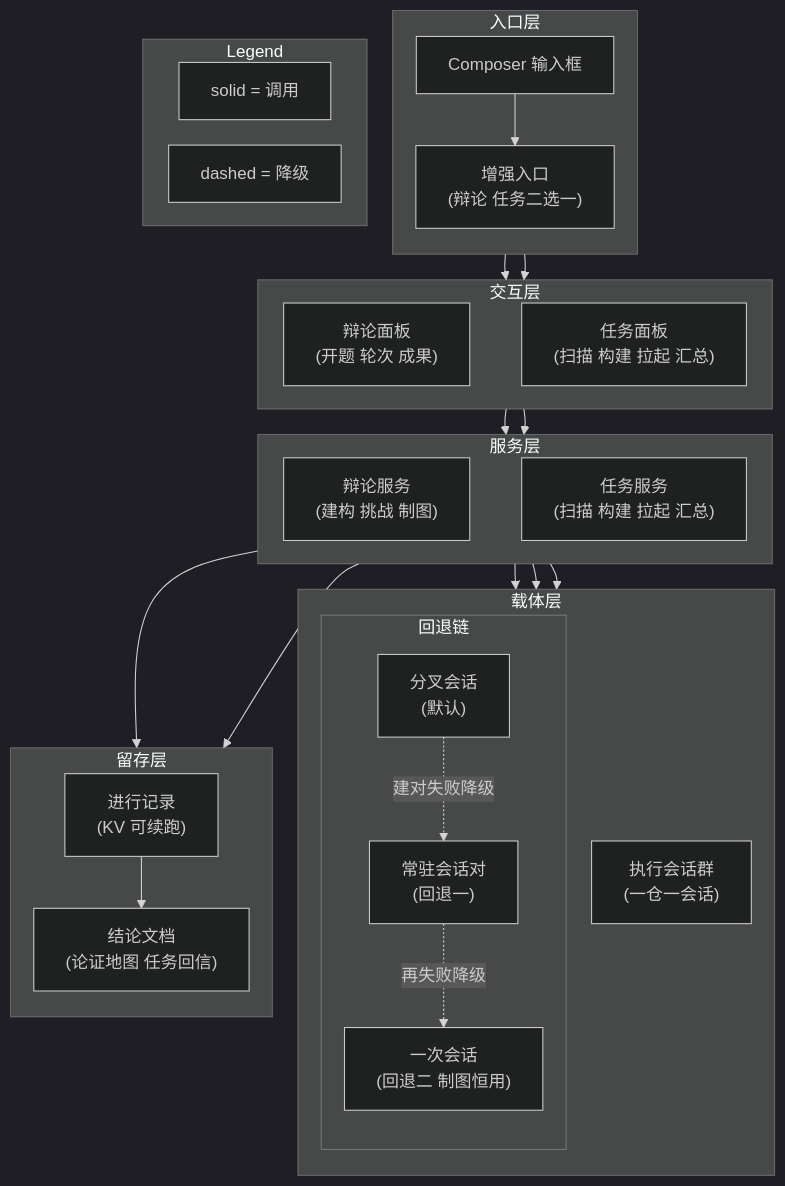
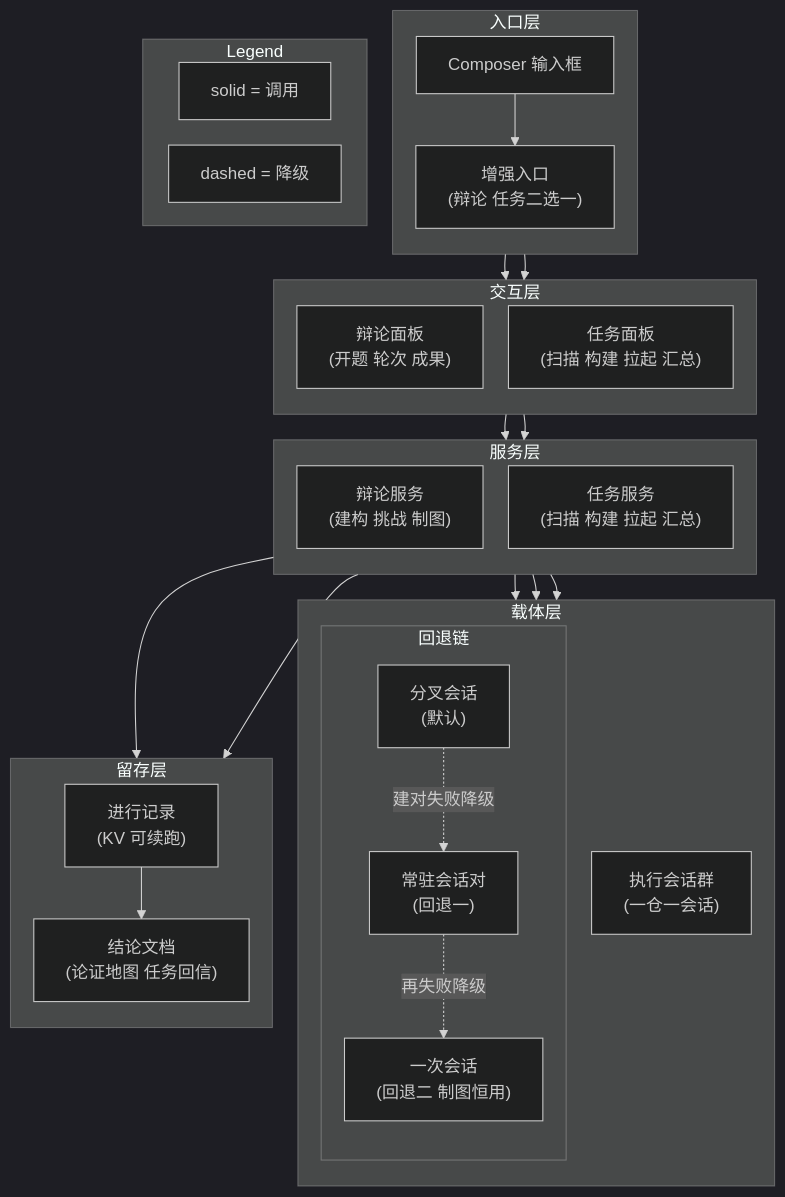
Before and after one commit to doubleelec/dsh-debate: the second of 4 diagrams in docs/architecture.md, drawn with Mermaid (dark theme).

Commit message:
docs(arch): follow ai-proxy 084 mechanism for in-subgraph rows in 4.2

````diff
--- a/docs/architecture.md
+++ b/docs/architecture.md
@@ -86,56 +86,56 @@
 ```mermaid
 %%{init: {"flowchart": {"rankSpacing": 24, "nodeSpacing": 24, "htmlLabels": true, "useMaxWidth": false}}}%%
 flowchart TD
+    %% 子图内横排走 TB + 无边同 rank（天然横排，零隐形边）；
+    %% LR 对无边叶子是竖排倾向（与直觉相反），见 ai_proxy docs/issues/084 机理。
     subgraph Entry["入口层"]
         direction TB
         composer["Composer 输入框"]
         menu["增强入口<br/>(辩论 任务二选一)"]
         composer --> menu
     end
     subgraph Face["交互层"]
-        direction LR
+        direction TB
         debateUI["辩论面板<br/>(开题 轮次 成果)"]
         taskUI["任务面板<br/>(扫描 构建 拉起 汇总)"]
-        debateUI ~~~ taskUI
     end
     subgraph Service["服务层"]
-        direction LR
+        direction TB
         debateSvc["辩论服务<br/>(建构 挑战 制图)"]
         taskSvc["任务服务<br/>(扫描 构建 拉起 汇总)"]
-        debateSvc ~~~ taskSvc
     end
     subgraph Carry["载体层"]
         direction TB
         subgraph FallbackChain["回退链"]
             direction TB
             fork["分叉会话<br/>(默认)"]
             resident["常驻会话对<br/>(回退一)"]
             oneshot["一次会话<br/>(回退二 制图恒用)"]
         end
         taskGroup["执行会话群<br/>(一仓一会话)"]
     end
     subgraph Keep["留存层"]
         direction TB
         kv["进行记录<br/>(KV 可续跑)"]
         docs["结论文档<br/>(论证地图 任务回信)"]
         kv --> docs
     end
 
     menu --> debateUI
     menu --> taskUI
     debateUI --> debateSvc
     taskUI --> taskSvc
     debateSvc --> fork
     fork -.->|建对失败降级| resident
     resident -.->|再失败降级| oneshot
     debateSvc --> oneshot
     taskSvc --> taskGroup
     debateSvc --> kv
     taskSvc --> kv
 
     subgraph Legend["Legend"]
         direction LR
         L1["solid = 调用"]
         L2["dashed = 降级"]
     end
 ```
````
